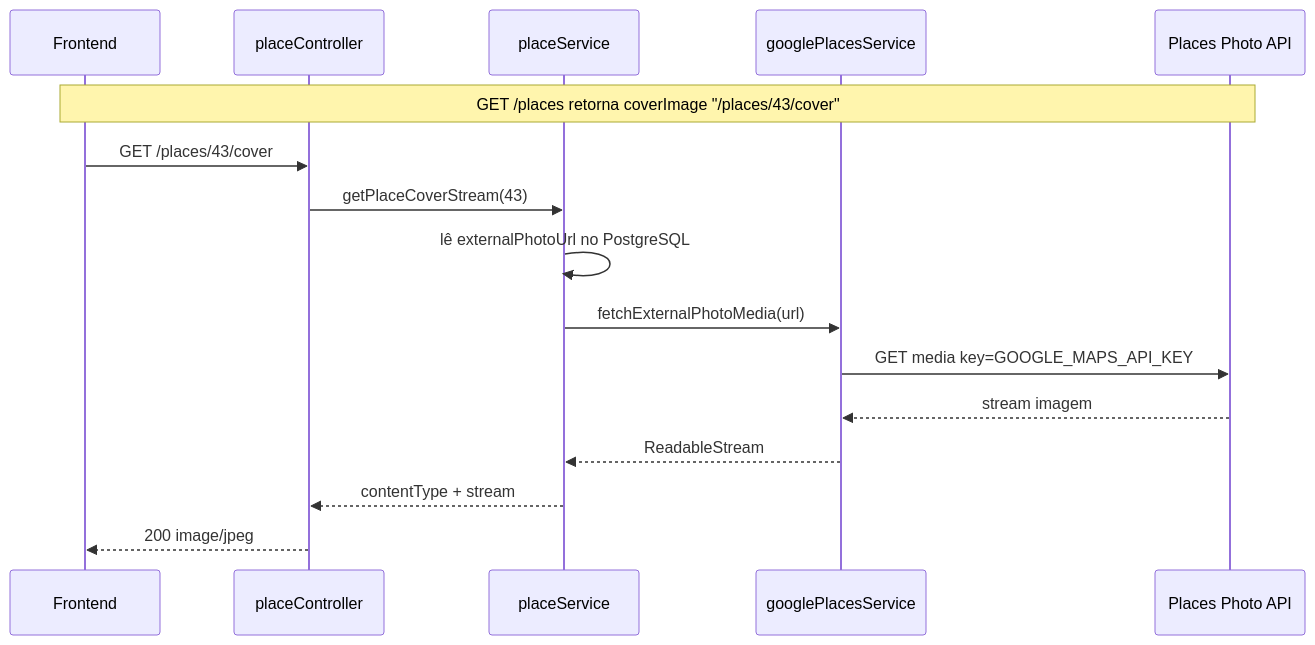
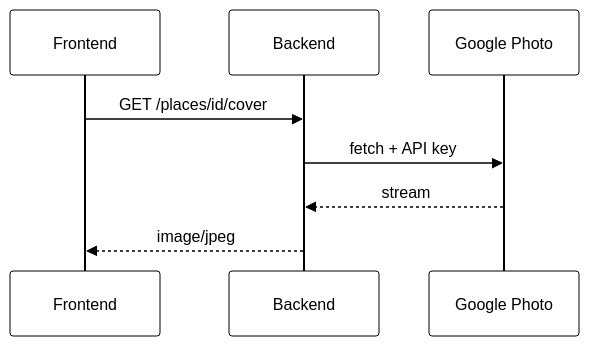
One commit to Marianamrts/Copia_2026.01-T02_G5_EuAmoPiri_Entrega_04 changed the second of 4 diagrams in docs/requisitos/RF-google-places-backend/4.8.SincronizacaoGooglePlaces.md. Above: the diagram before and after it, drawn with Mermaid. The commit also changed other lines of this file and 30 other files, not shown here.

````diff
--- a/docs/requisitos/RF-google-places-backend/4.8.SincronizacaoGooglePlaces.md
+++ b/docs/requisitos/RF-google-places-backend/4.8.SincronizacaoGooglePlaces.md
@@ -189,19 +187,11 @@
 ```mermaid
+%%{init: {'theme':'base','themeVariables':{'primaryColor':'#fff','primaryTextColor':'#000','primaryBorderColor':'#000','lineColor':'#000','secondaryColor':'#eee','tertiaryColor':'#fff','clusterBkg':'#fff','clusterBorder':'#000','actorBkg':'#fff','actorBorder':'#000','actorTextColor':'#000'}}}%%
 sequenceDiagram
     participant FE as Frontend
-    participant API as placeController
-    participant Svc as placeService
-    participant GPS as googlePlacesService
-    participant G as Places Photo API
-
-    Note over FE,G: GET /places retorna coverImage "/places/43/cover"
-    FE->>API: GET /places/43/cover
-    API->>Svc: getPlaceCoverStream(43)
-    Svc->>Svc: lê externalPhotoUrl no PostgreSQL
-    Svc->>GPS: fetchExternalPhotoMedia(url)
-    GPS->>G: GET media key=GOOGLE_MAPS_API_KEY
-    G-->>GPS: stream imagem
-    GPS-->>Svc: ReadableStream
-    Svc-->>API: contentType + stream
-    API-->>FE: 200 image/jpeg
+    participant API as Backend
+    participant G as Google Photo
+    FE->>API: GET /places/id/cover
+    API->>G: fetch + API key
+    G-->>API: stream
+    API-->>FE: image/jpeg
 ```
````
